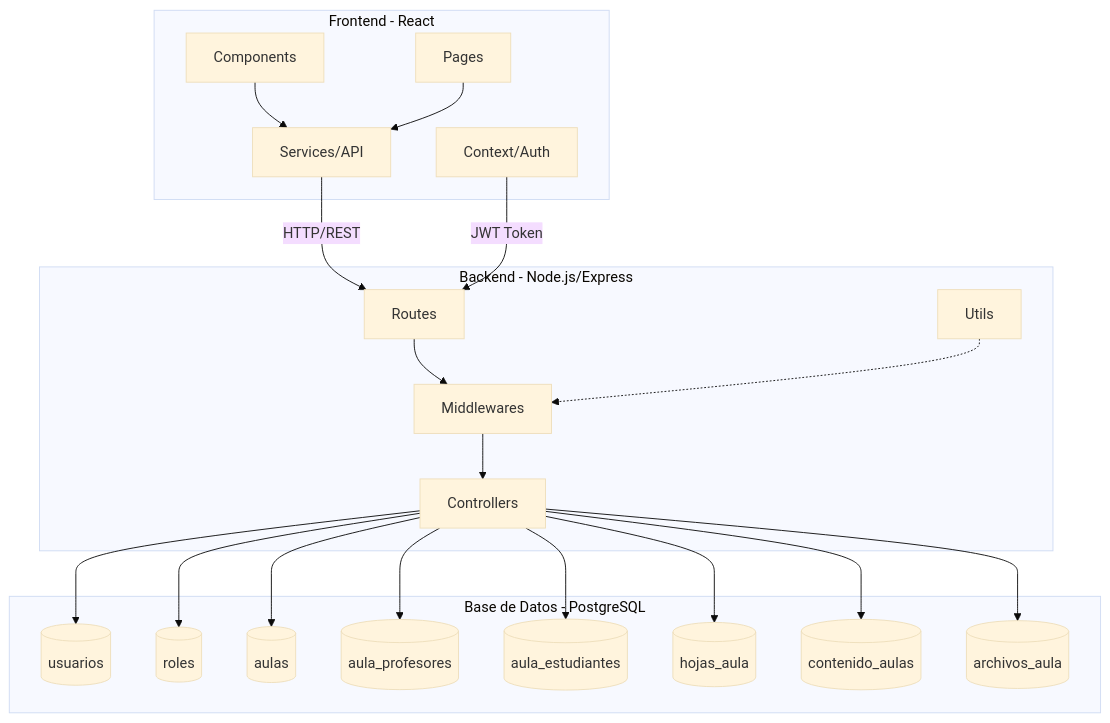
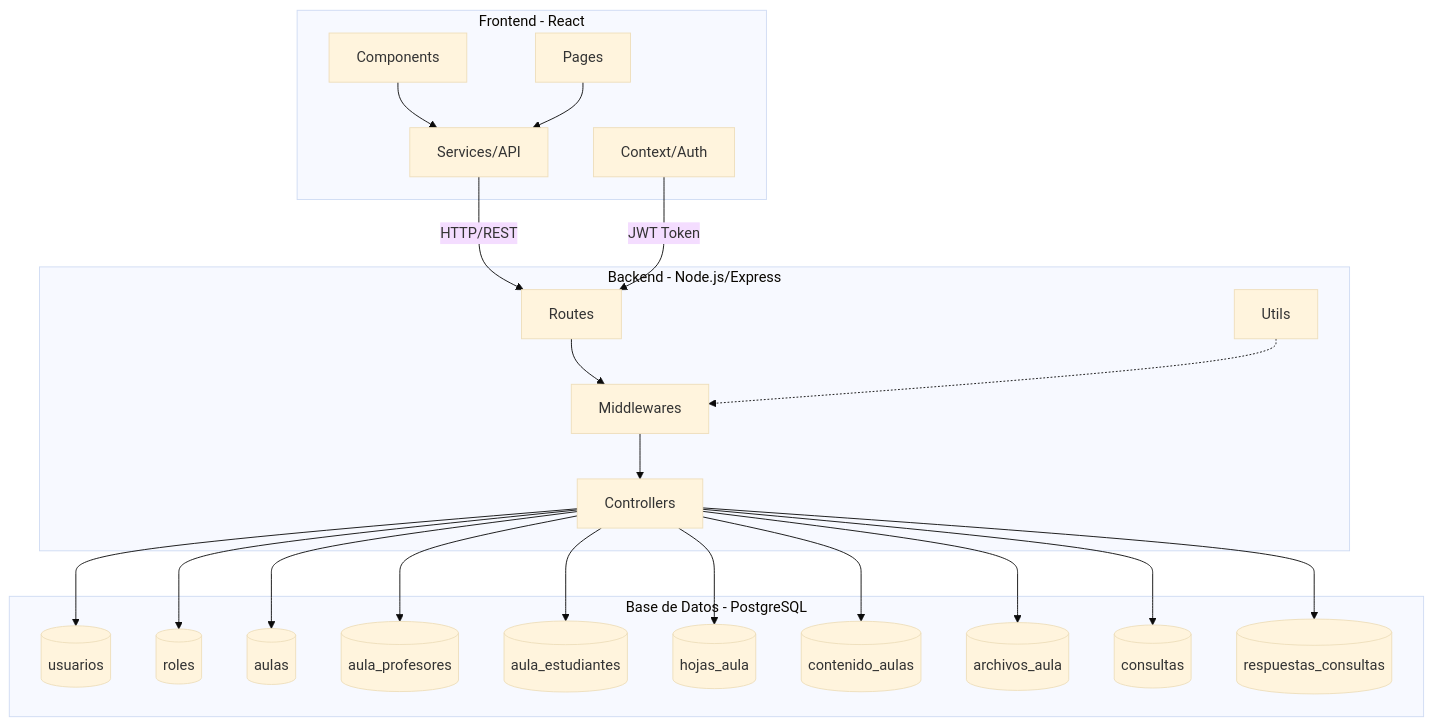
The first of 4 diagrams in README.md (NicoMagro/AulaVirtual), drawn with Mermaid (base theme) before and after one commit. The commit also changed other lines of this file and 7 other files, not shown here.

````diff
--- a/README.md
+++ b/README.md
@@ -7,43 +7,47 @@
 ```mermaid
 graph TB
     subgraph "Frontend - React"
         A[Components]
         B[Pages]
         C[Services/API]
         D[Context/Auth]
     end
 
     subgraph "Backend - Node.js/Express"
         E[Routes]
         F[Controllers]
         G[Middlewares]
         H[Utils]
     end
 
     subgraph "Base de Datos - PostgreSQL"
         I[(usuarios)]
         J[(roles)]
         K[(aulas)]
         L[(aula_profesores)]
         M[(aula_estudiantes)]
         N[(hojas_aula)]
         O[(contenido_aulas)]
         P[(archivos_aula)]
+        Q[(consultas)]
+        R[(respuestas_consultas)]
     end
 
     A --> C
     B --> C
     C --> |HTTP/REST| E
     D --> |JWT Token| E
     E --> G
     G --> F
     F --> I
     F --> J
     F --> K
     F --> L
     F --> M
     F --> N
     F --> O
     F --> P
+    F --> Q
+    F --> R
     H -.-> G
 ```
````
